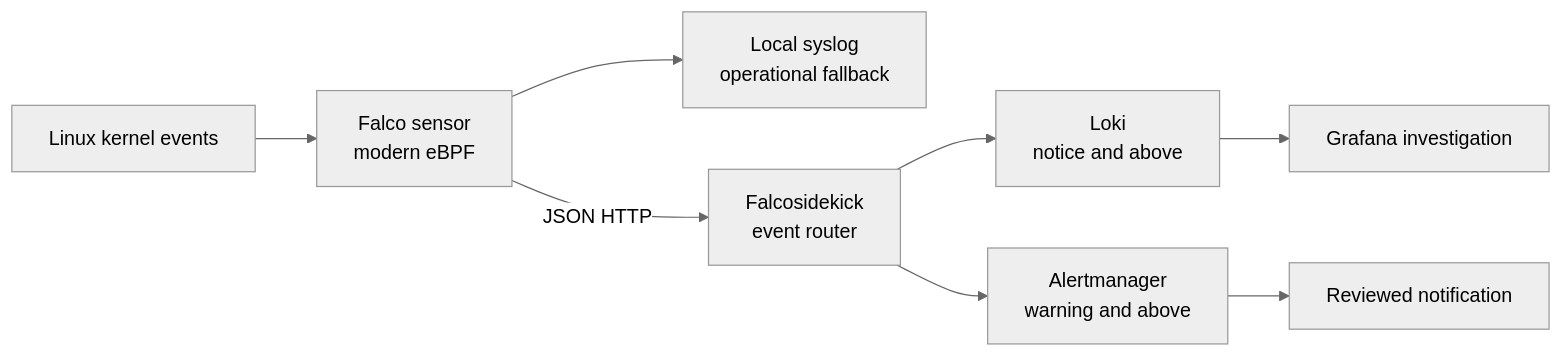
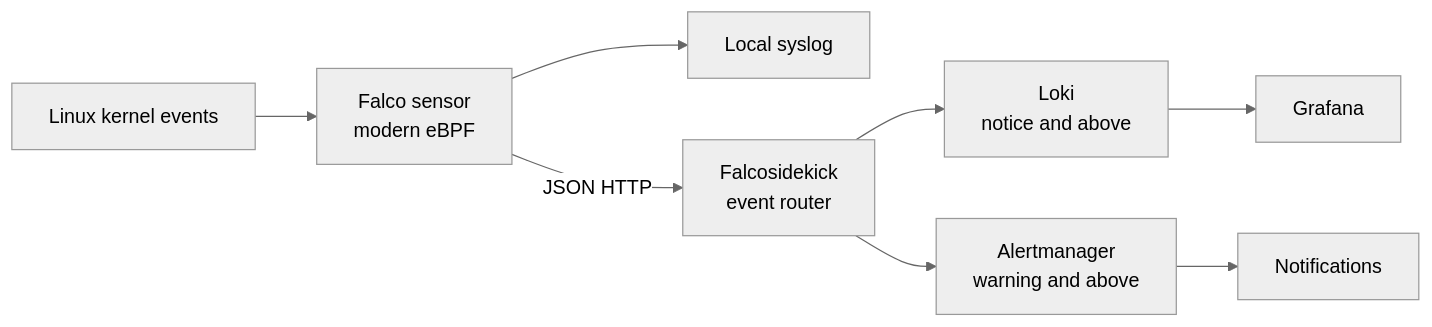
The diagram in automation/falco/event-flow.md (arviiyer/tamriel-homelab), drawn with Mermaid (neutral theme) before and after one commit. The commit also changed other lines of this file and 38 other files, not shown here.

````diff
--- a/automation/falco/event-flow.md
+++ b/automation/falco/event-flow.md
@@ -8,17 +5,17 @@
 ```mermaid
 flowchart LR
     kernel[Linux kernel events]
     sensor[Falco sensor<br/>modern eBPF]
-    local[Local syslog<br/>operational fallback]
+    local[Local syslog]
     sidekick[Falcosidekick<br/>event router]
     loki[Loki<br/>notice and above]
-    grafana[Grafana investigation]
+    grafana[Grafana]
     alerts[Alertmanager<br/>warning and above]
-    operator[Reviewed notification]
+    operator[Notifications]
 
     kernel --> sensor
     sensor -- JSON HTTP --> sidekick
     sensor --> local
     sidekick --> loki --> grafana
     sidekick --> alerts --> operator
 ```
````
